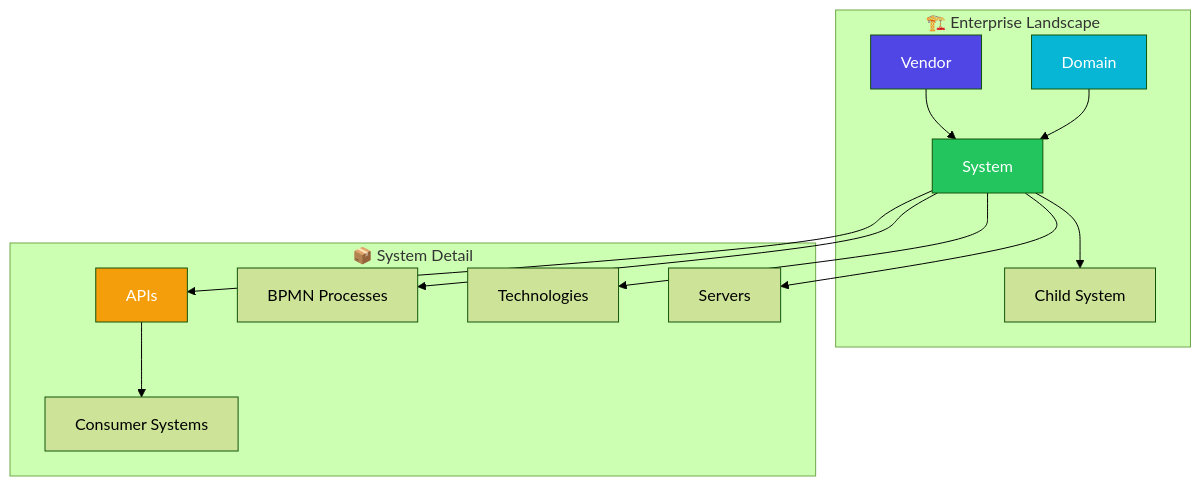
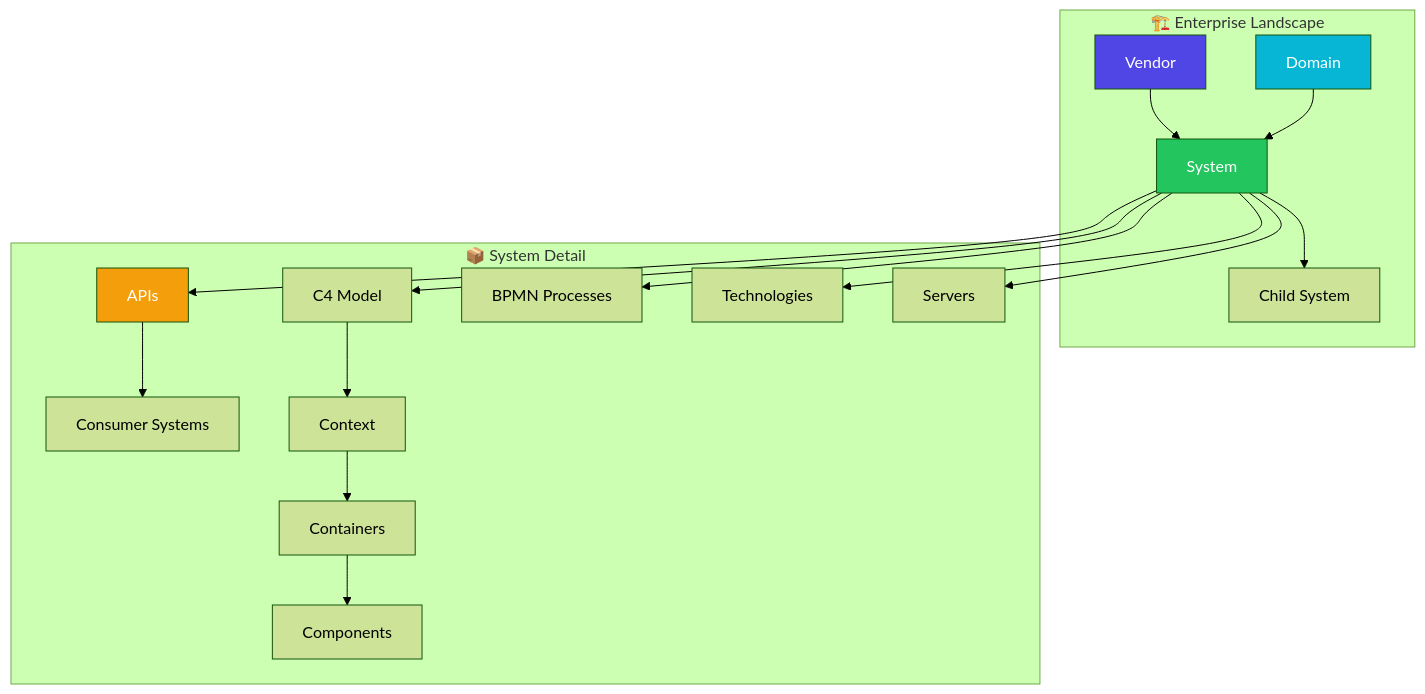
Before and after one commit to imRezaAlie/openits: the third of 9 diagrams in README.md, drawn with Mermaid (forest theme). The commit also changed other lines of this file, not shown here.

````diff
--- a/README.md
+++ b/README.md
@@ -189,23 +544,27 @@
 ```mermaid
 graph TB
     subgraph Landscape["🏗️ Enterprise Landscape"]
         V[Vendor]
         D[Domain]
         V --> S[System]
         D --> S
         S --> S2[Child System]
     end
 
     subgraph SystemDetail["📦 System Detail"]
         S --> API[APIs]
+        S --> C4[C4 Model]
         S --> BPMN[BPMN Processes]
         S --> TECH[Technologies]
         S --> SRV[Servers]
         API --> CS[Consumer Systems]
+        C4 --> CTX[Context]
+        CTX --> CTR[Containers]
+        CTR --> CMP[Components]
     end
 
     style V fill:#4f46e5,color:#fff
     style D fill:#06b6d4,color:#fff
     style S fill:#22c55e,color:#fff
     style API fill:#f59e0b,color:#fff
 ```
````
